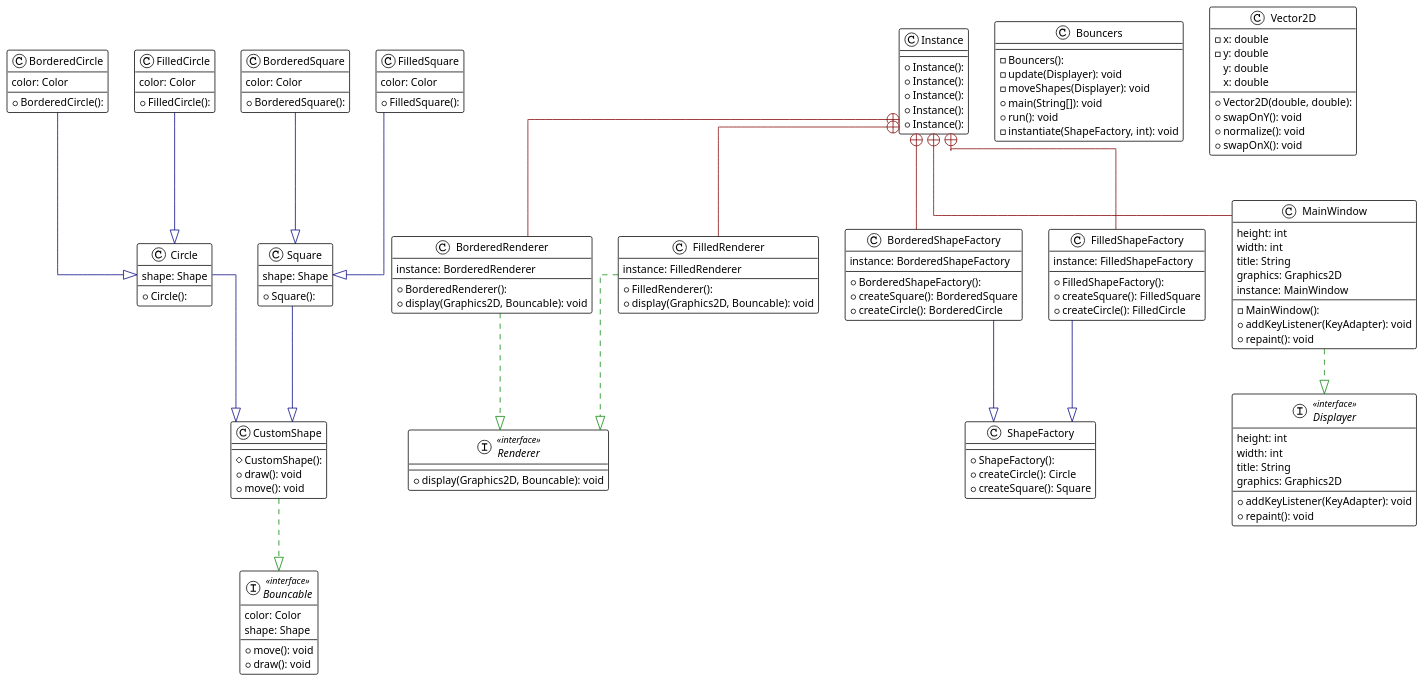
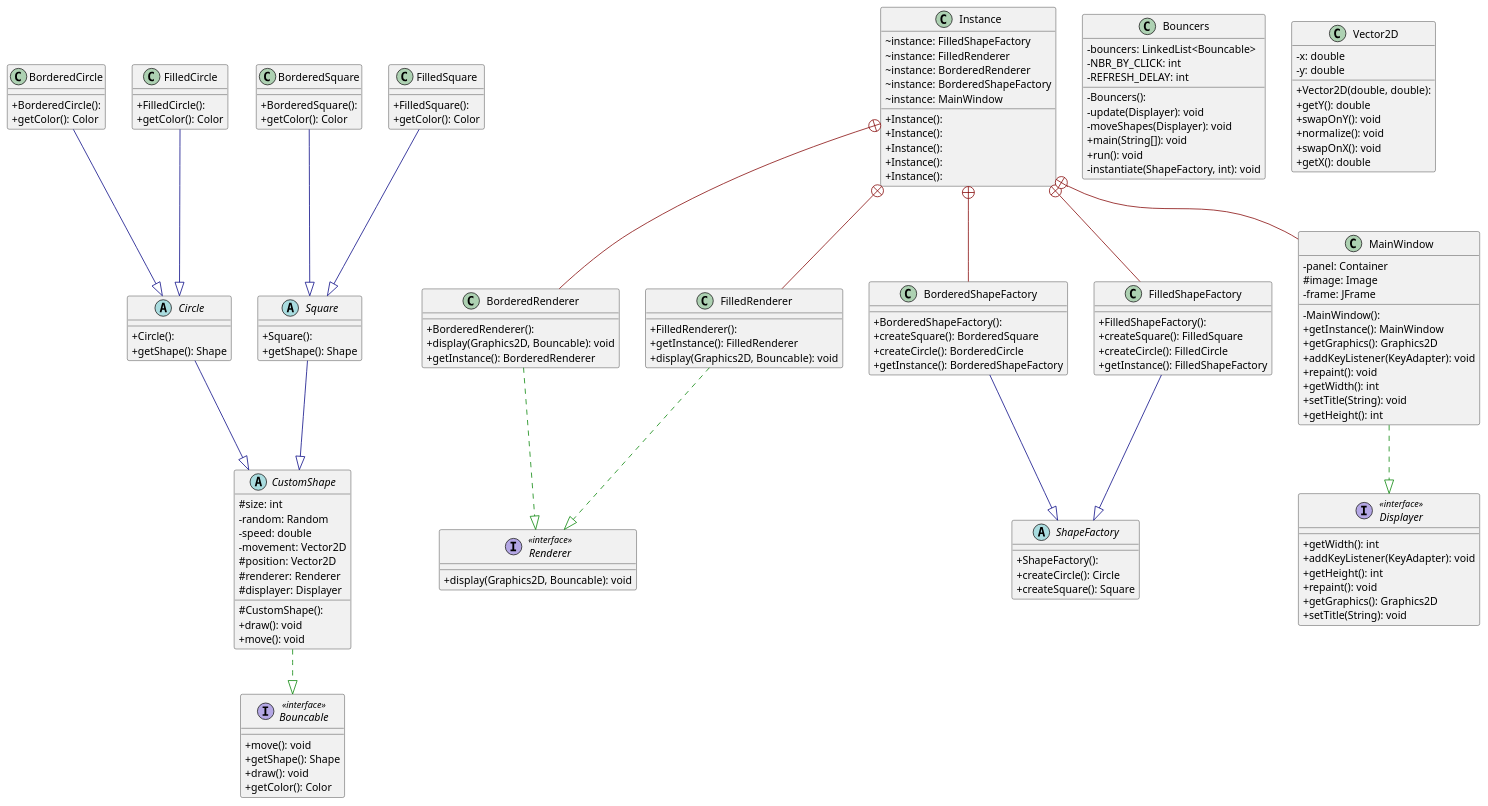
One commit to BetterBlood/WSI_JST_MCR_L2 changed the diagram in UML/diagram.plantuml. Above: the diagram before and after it, drawn with PlantUML.

Commit message:
UML update

```diff
--- a/UML/diagram.plantuml
+++ b/UML/diagram.plantuml
@@ -1,142 +1,157 @@
 @startuml Shapes_L2
 
-!theme plain
-skinparam linetype ortho
+skinparam classAttributeIconSize 0
 
 class BorderedCircle {
   + BorderedCircle(): 
-   color: Color
+  + getColor(): Color
 }
 class BorderedRenderer {
   + BorderedRenderer(): 
   + display(Graphics2D, Bouncable): void
-   instance: BorderedRenderer
+  + getInstance(): BorderedRenderer
 }
 class BorderedShapeFactory {
   + BorderedShapeFactory(): 
   + createSquare(): BorderedSquare
   + createCircle(): BorderedCircle
-   instance: BorderedShapeFactory
+  + getInstance(): BorderedShapeFactory
 }
 class BorderedSquare {
   + BorderedSquare(): 
-   color: Color
+  + getColor(): Color
 }
 interface Bouncable << interface >> {
   + move(): void
+  + getShape(): Shape
   + draw(): void
-   color: Color
-   shape: Shape
+  + getColor(): Color
 }
 class Bouncers {
   - Bouncers(): 
+  - bouncers: LinkedList<Bouncable>
+  - NBR_BY_CLICK: int
+  - REFRESH_DELAY: int
   - update(Displayer): void
   - moveShapes(Displayer): void
   + main(String[]): void
   + run(): void
   - instantiate(ShapeFactory, int): void
 }
-class Circle {
+abstract class Circle {
   + Circle(): 
-   shape: Shape
+  + getShape(): Shape
 }
-class CustomShape {
+abstract class CustomShape {
   # CustomShape(): 
+  # size: int
+  - random: Random
+  - speed: double
+  - movement: Vector2D
+  # position: Vector2D
+  # renderer: Renderer
+  # displayer: Displayer
   + draw(): void
   + move(): void
 }
 interface Displayer << interface >> {
+  + getWidth(): int
   + addKeyListener(KeyAdapter): void
+  + getHeight(): int
   + repaint(): void
-   height: int
-   width: int
-   title: String
-   graphics: Graphics2D
+  + getGraphics(): Graphics2D
+  + setTitle(String): void
 }
 class FilledCircle {
   + FilledCircle(): 
-   color: Color
+  + getColor(): Color
 }
 class FilledRenderer {
   + FilledRenderer(): 
+  + getInstance(): FilledRenderer
   + display(Graphics2D, Bouncable): void
-   instance: FilledRenderer
 }
 class FilledShapeFactory {
   + FilledShapeFactory(): 
   + createSquare(): FilledSquare
   + createCircle(): FilledCircle
-   instance: FilledShapeFactory
+  + getInstance(): FilledShapeFactory
 }
 class FilledSquare {
   + FilledSquare(): 
-   color: Color
+  + getColor(): Color
 }
 class Instance {
   + Instance(): 
+  ~ instance: FilledShapeFactory
 }
 class Instance {
   + Instance(): 
+  ~ instance: FilledRenderer
 }
 class Instance {
   + Instance(): 
+  ~ instance: BorderedRenderer
 }
 class Instance {
   + Instance(): 
+  ~ instance: BorderedShapeFactory
 }
 class Instance {
   + Instance(): 
+  ~ instance: MainWindow
 }
 class MainWindow {
   - MainWindow(): 
+  - panel: Container
+  # image: Image
+  - frame: JFrame
+  + getInstance(): MainWindow
+  + getGraphics(): Graphics2D
   + addKeyListener(KeyAdapter): void
   + repaint(): void
-   height: int
-   width: int
-   title: String
-   graphics: Graphics2D
-   instance: MainWindow
+  + getWidth(): int
+  + setTitle(String): void
+  + getHeight(): int
 }
 interface Renderer << interface >> {
   + display(Graphics2D, Bouncable): void
 }
-class ShapeFactory {
+abstract class ShapeFactory {
   + ShapeFactory(): 
   + createCircle(): Circle
   + createSquare(): Square
 }
-class Square {
+abstract class Square {
   + Square(): 
-   shape: Shape
+  + getShape(): Shape
 }
 class Vector2D {
   + Vector2D(double, double): 
   - x: double
   - y: double
+  + getY(): double
   + swapOnY(): void
   + normalize(): void
   + swapOnX(): void
-   y: double
-   x: double
+  + getX(): double
 }
-         
-CustomShape           -[#008200,dashed]-^  Bouncable          
-Circle                -[#000082,plain]-^  CustomShape       
-Square                -[#000082,plain]-^  CustomShape    
 
 BorderedCircle        -[#000082,plain]-^  Circle               
-FilledCircle          -[#000082,plain]-^  Circle           
-BorderedSquare        -[#000082,plain]-^  Square        
-FilledSquare          -[#000082,plain]-^  Square         
-
 BorderedRenderer      -[#008200,dashed]-^  Renderer             
-BorderedShapeFactory  -[#000082,plain]-^  ShapeFactory             
+BorderedShapeFactory  -[#000082,plain]-^  ShapeFactory         
+BorderedSquare        -[#000082,plain]-^  Square               
+Circle                -[#000082,plain]-^  CustomShape          
+CustomShape           -[#008200,dashed]-^  Bouncable            
+FilledCircle          -[#000082,plain]-^  Circle               
 FilledRenderer        -[#008200,dashed]-^  Renderer             
-FilledShapeFactory    -[#000082,plain]-^  ShapeFactory                
+FilledShapeFactory    -[#000082,plain]-^  ShapeFactory         
+FilledSquare          -[#000082,plain]-^  Square               
 Instance              +-[#820000,plain]-  BorderedRenderer     
 Instance              +-[#820000,plain]-  BorderedShapeFactory 
 Instance              +-[#820000,plain]-  FilledRenderer       
 Instance              +-[#820000,plain]-  FilledShapeFactory   
 Instance              +-[#820000,plain]-  MainWindow           
-MainWindow            -[#008200,dashed]-^  Displayer           
+MainWindow            -[#008200,dashed]-^  Displayer            
+Square                -[#000082,plain]-^  CustomShape          
 @enduml
```
